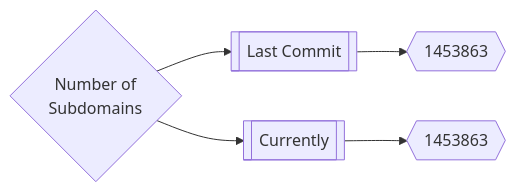
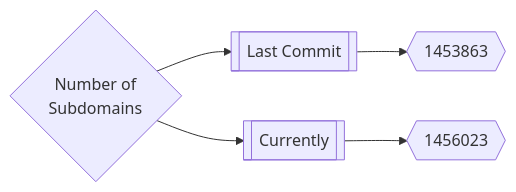
Before and after one commit to trickest/inventory: the first of 3 diagrams in README.md, drawn with Mermaid. The commit also changed other lines of this file, not shown here.

````diff
--- a/README.md
+++ b/README.md
@@ -165,5 +165,5 @@
 ```mermaid
 graph LR
 title{Number of<br>Subdomains} --> subdomainsDate1[[Last Commit]] --> subdomainsNum1{{1453863}}
-title --> subdomainsDate2[[Currently]] --> subdomainsNum2{{1453863}}
+title --> subdomainsDate2[[Currently]] --> subdomainsNum2{{1456023}}
 ```
````
